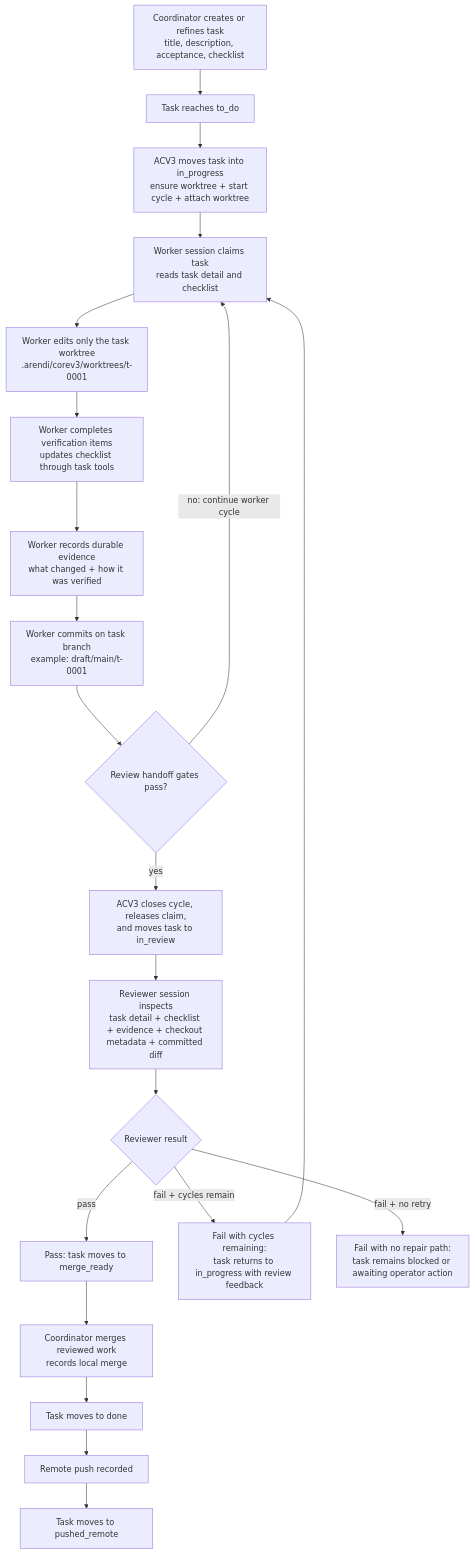
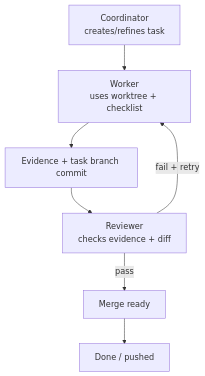
One commit to ArendiStudio/homebrew-apps changed the second of 2 diagrams in packages/agent/onboarding.md. Above: the diagram before and after it, drawn with Mermaid. The commit also changed other lines of this file and 2 other files, not shown here.

````diff
--- a/packages/agent/onboarding.md
+++ b/packages/agent/onboarding.md
@@ -430,43 +119,16 @@
 ```mermaid
 flowchart TD
-  Intake["Coordinator creates or refines task<br/>title, description, acceptance, checklist"]
-  Todo["Task reaches to_do"]
-  Start["ACV3 moves task into in_progress<br/>ensure worktree + start cycle + attach worktree"]
-  Worker["Worker session claims task<br/>reads task detail and checklist"]
-  Worktree["Worker edits only the task worktree<br/>.arendi/corev3/worktrees/t-0001"]
-  Checklist["Worker completes verification items<br/>updates checklist through task tools"]
-  Evidence["Worker records durable evidence<br/>what changed + how it was verified"]
-  Commit["Worker commits on task branch<br/>example: draft/main/t-0001"]
-  Gates{"Review handoff gates pass?"}
-  ReviewLane["ACV3 closes cycle, releases claim,<br/>and moves task to in_review"]
-  Reviewer["Reviewer session inspects<br/>task detail + checklist + evidence + checkout metadata + committed diff"]
-  Decision{"Reviewer result"}
-  MergeReady["Pass: task moves to merge_ready"]
-  Retry["Fail with cycles remaining:<br/>task returns to in_progress with review feedback"]
-  Blocked["Fail with no repair path:<br/>task remains blocked or awaiting operator action"]
-  Merge["Coordinator merges reviewed work<br/>records local merge"]
-  Done["Task moves to done"]
-  Push["Remote push recorded"]
-  Pushed["Task moves to pushed_remote"]
+  Coordinator["Coordinator<br/>creates/refines task"]
+  Worker["Worker<br/>uses worktree + checklist"]
+  Evidence["Evidence + task branch commit"]
+  Review["Reviewer<br/>checks evidence + diff"]
+  Merge["Merge ready"]
+  Done["Done / pushed"]
 
-  Intake --> Todo
-  Todo --> Start
-  Start --> Worker
-  Worker --> Worktree
-  Worktree --> Checklist
-  Checklist --> Evidence
-  Evidence --> Commit
-  Commit --> Gates
-  Gates -->|"yes"| ReviewLane
-  Gates -->|"no: continue worker cycle"| Worker
-  ReviewLane --> Reviewer
-  Reviewer --> Decision
-  Decision -->|"pass"| MergeReady
-  Decision -->|"fail + cycles remain"| Retry
-  Decision -->|"fail + no retry"| Blocked
-  Retry --> Worker
-  MergeReady --> Merge
+  Coordinator --> Worker
+  Worker --> Evidence
+  Evidence --> Review
+  Review -->|"pass"| Merge
+  Review -->|"fail + retry"| Worker
   Merge --> Done
-  Done --> Push
-  Push --> Pushed
 ```
````
